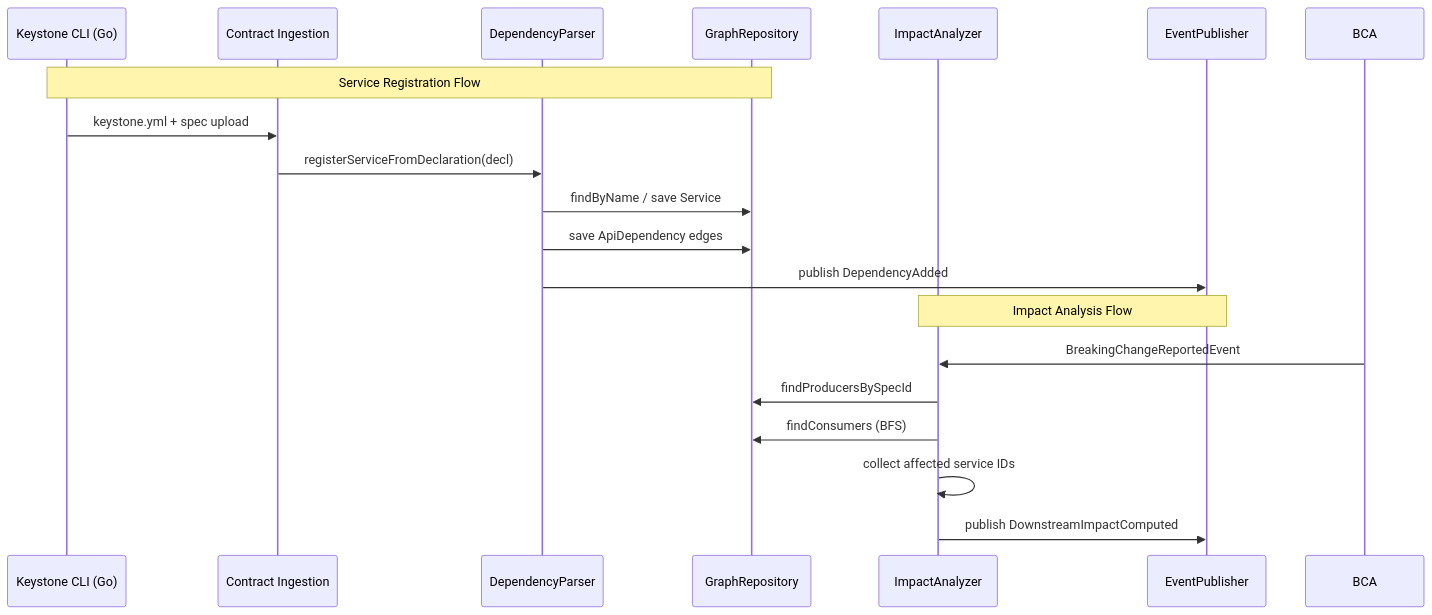
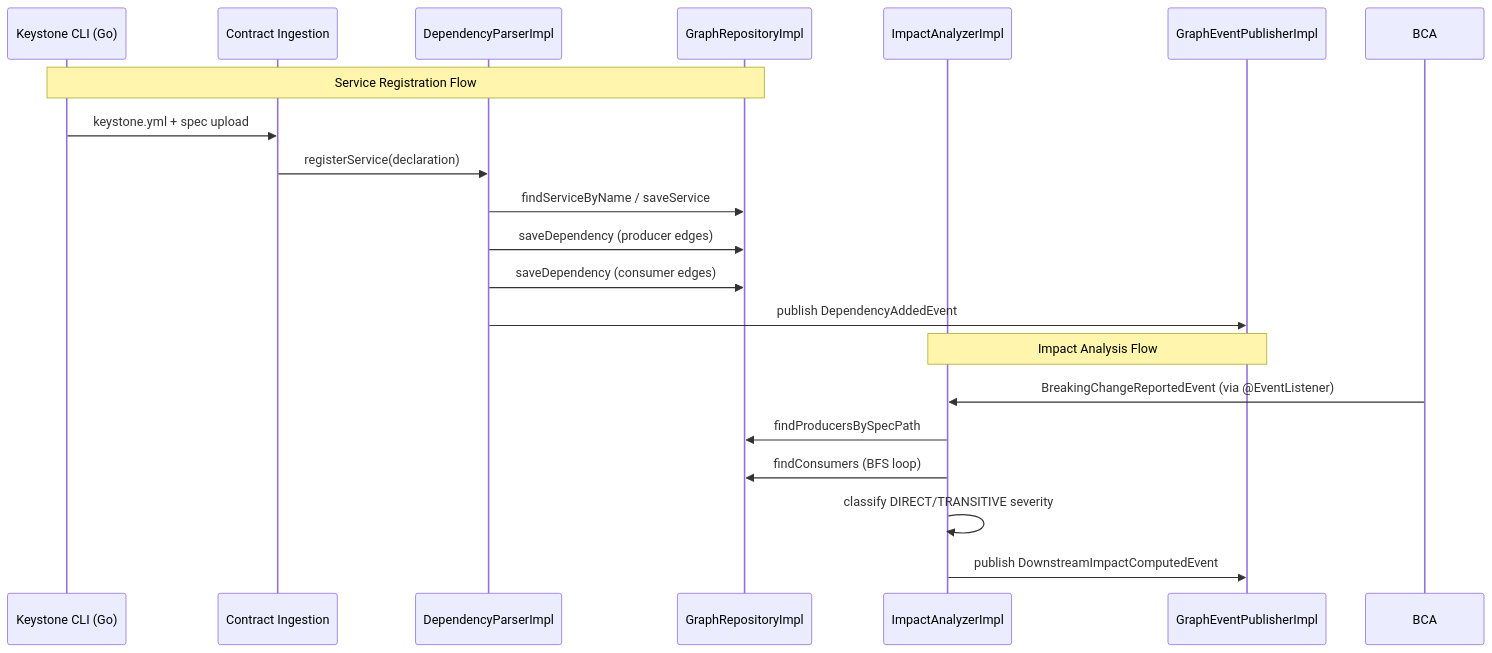
The diagram in backend/.pi/architecture/modules/dependency-graph.md (arman-jalili/Keystone), drawn with Mermaid before and after one commit. The commit also changed other lines of this file and 10 other files, not shown here.

First line of the commit message:
feat: complete architecture readiness for dependency-graph epic (#86)

````diff
--- a/backend/.pi/architecture/modules/dependency-graph.md
+++ b/backend/.pi/architecture/modules/dependency-graph.md
@@ -159,23 +147,24 @@
 ```mermaid
 sequenceDiagram
     participant CLI as Keystone CLI (Go)
     participant CI as Contract Ingestion
-    participant DP as DependencyParser
-    participant GR as GraphRepository
-    participant IA as ImpactAnalyzer
-    participant EP as EventPublisher
+    participant DP as DependencyParserImpl
+    participant GR as GraphRepositoryImpl
+    participant IA as ImpactAnalyzerImpl
+    participant EP as GraphEventPublisherImpl
 
     Note over CLI,GR: Service Registration Flow
     CLI->>CI: keystone.yml + spec upload
-    CI->>DP: registerServiceFromDeclaration(decl)
-    DP->>GR: findByName / save Service
-    DP->>GR: save ApiDependency edges
-    DP->>EP: publish DependencyAdded
+    CI->>DP: registerService(declaration)
+    DP->>GR: findServiceByName / saveService
+    DP->>GR: saveDependency (producer edges)
+    DP->>GR: saveDependency (consumer edges)
+    DP->>EP: publish DependencyAddedEvent
 
     Note over IA,EP: Impact Analysis Flow
-    BCA->>IA: BreakingChangeReportedEvent
-    IA->>GR: findProducersBySpecId
-    IA->>GR: findConsumers (BFS)
-    IA->>IA: collect affected service IDs
-    IA->>EP: publish DownstreamImpactComputed
+    BCA->>IA: BreakingChangeReportedEvent (via @EventListener)
+    IA->>GR: findProducersBySpecPath
+    IA->>GR: findConsumers (BFS loop)
+    IA->>IA: classify DIRECT/TRANSITIVE severity
+    IA->>EP: publish DownstreamImpactComputedEvent
 ```
````
